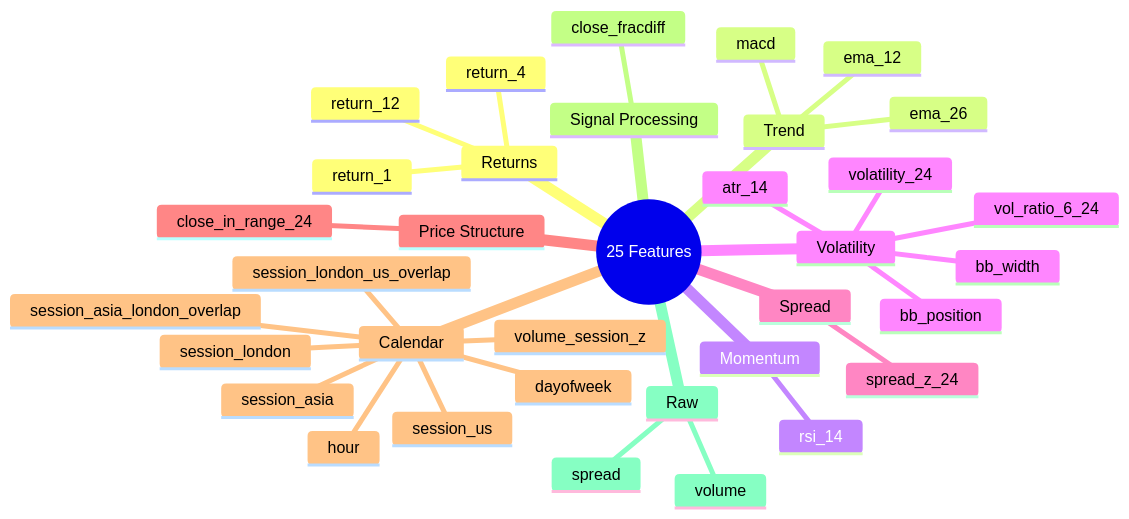
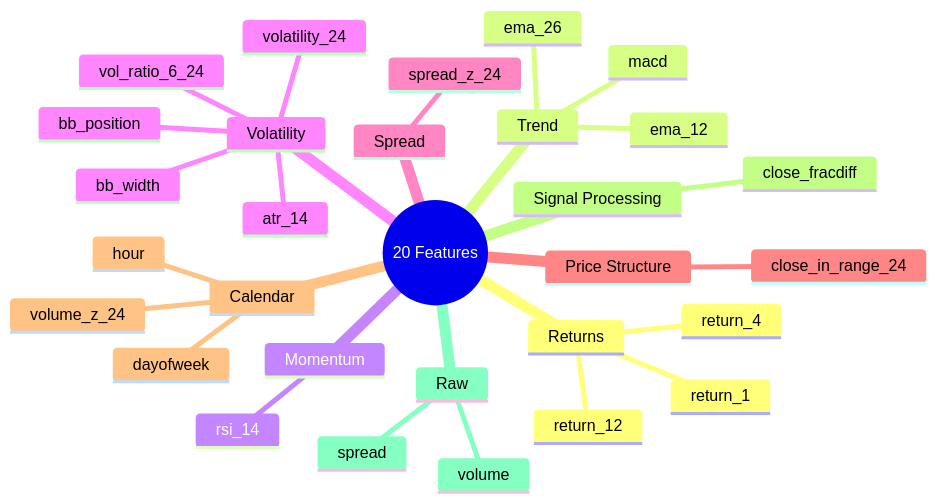
Before and after one commit to ultimateBroK/thesis-compact: the second of 4 diagrams in docs/feature-engineering.md, drawn with Mermaid. The commit also changed other lines of this file and 4 other files, not shown here.

````diff
--- a/docs/feature-engineering.md
+++ b/docs/feature-engineering.md
@@ -34,38 +34,33 @@
 ```mermaid
 mindmap
-  root((25 Features))
+  root((20 Features))
     Returns
       return_1
       return_4
       return_12
     Trend
       ema_12
       ema_26
       macd
     Momentum
       rsi_14
     Volatility
       atr_14
       bb_width
       bb_position
       volatility_24
       vol_ratio_6_24
     Spread
       spread_z_24
     Price Structure
       close_in_range_24
     Calendar
       hour
       dayofweek
-      session_asia
-      session_london
-      session_us
-      session_asia_london_overlap
-      session_london_us_overlap
-      volume_session_z
+      volume_z_24
     Signal Processing
       close_fracdiff
     Raw
       volume
       spread
 ```
````
